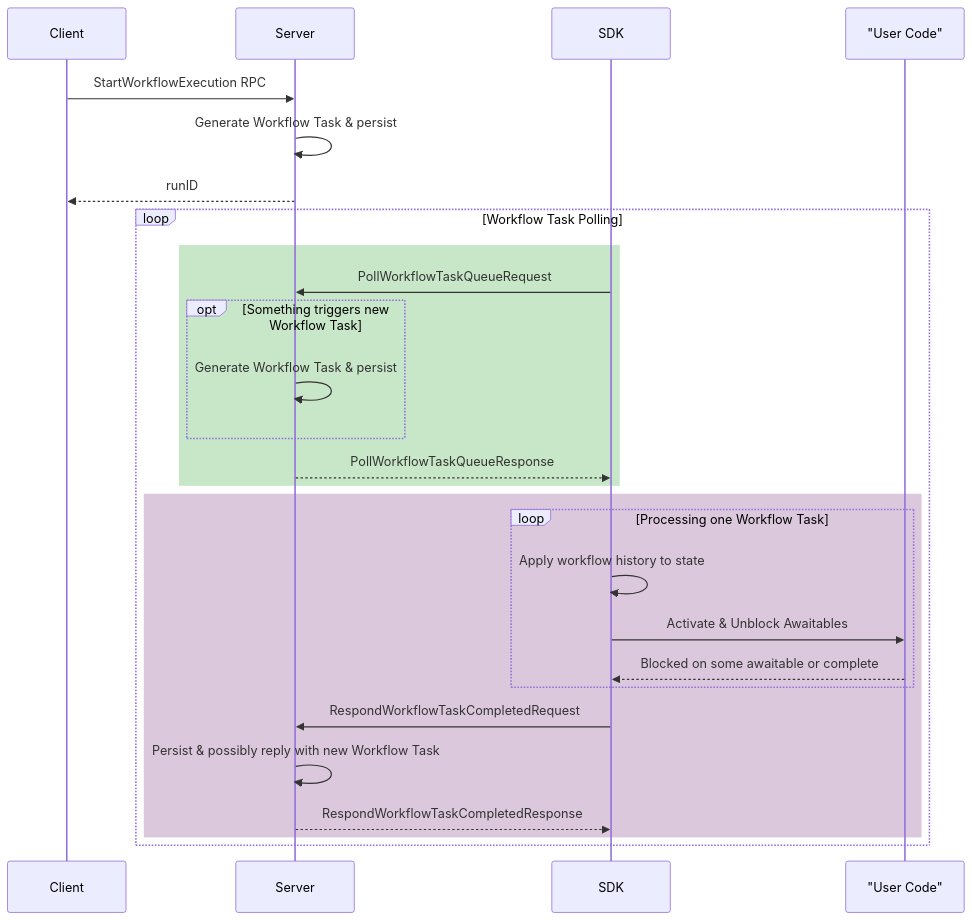
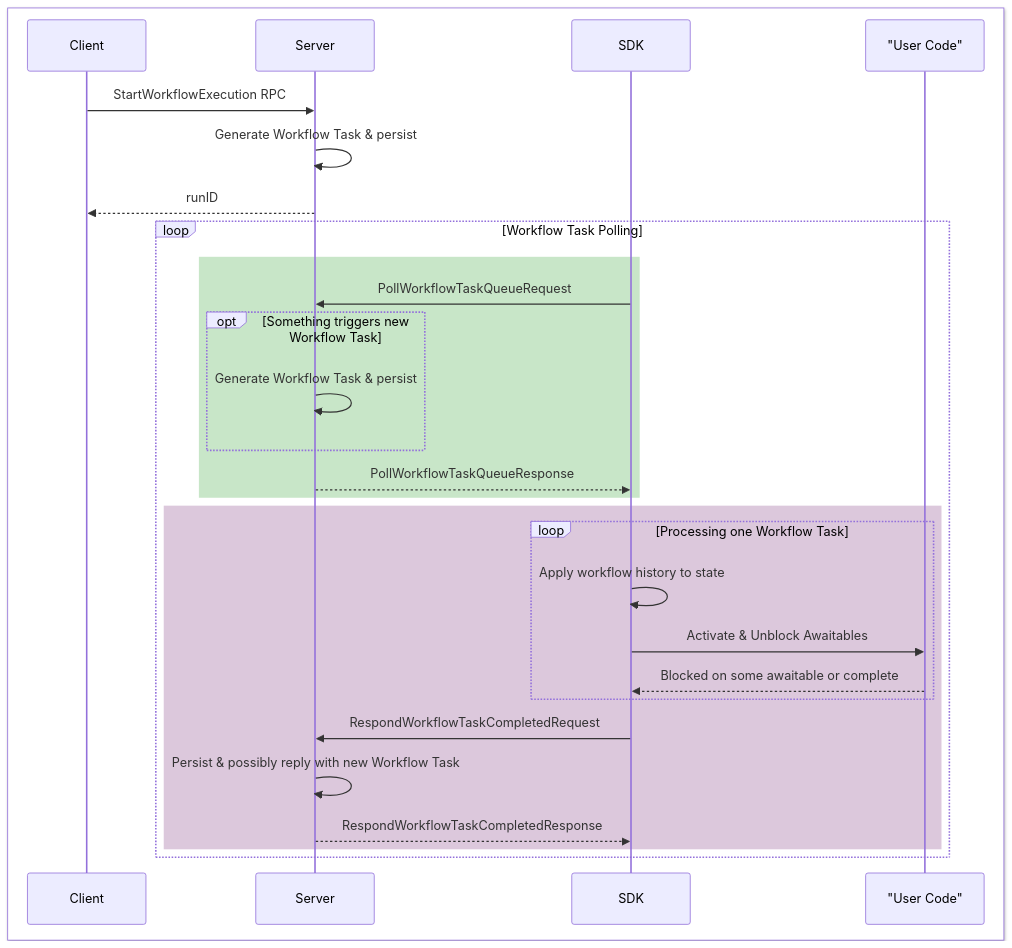
One commit to temporalio/sdk-core changed the diagram in arch_docs/sdks_intro.md. Above: the diagram before and after it, drawn with Mermaid. The commit also changed other lines of this file, not shown here.

Commit message:
Fix sequence diagram background (#1009)

````diff
--- a/arch_docs/sdks_intro.md
+++ b/arch_docs/sdks_intro.md
@@ -119,33 +119,36 @@
 ```mermaid
 %%{ init : { "theme" : "default", "themeVariables" : { "background" : "#fff" }}}%%
 sequenceDiagram
-    participant Client
-    participant Server
-    participant SDK
-    participant UserCode as "User Code"
+    box rgb(255, 255, 255)
+      participant Client
+      participant Server
+      participant SDK
+      participant UserCode as "User Code"
+    end
+
     Client ->> Server: StartWorkflowExecution RPC
     Server ->> Server: Generate Workflow Task & persist
     Server -->> Client: runID
 
     loop Workflow Task Polling
         rect rgb(200, 230, 200)
             SDK ->> Server: PollWorkflowTaskQueueRequest
             opt Something triggers new Workflow Task
                 Server ->> Server: Generate Workflow Task & persist
             end
             Server -->> SDK: PollWorkflowTaskQueueResponse
         end
 
         rect rgb(220, 200, 220)
             loop Processing one Workflow Task
                 SDK ->> SDK: Apply workflow history to state
                 SDK ->> UserCode: Activate & Unblock Awaitables
                 UserCode -->> SDK: Blocked on some awaitable or complete
             end
 
             SDK ->> Server: RespondWorkflowTaskCompletedRequest
             Server ->> Server: Persist & possibly reply with new Workflow Task
             Server -->> SDK: RespondWorkflowTaskCompletedResponse
         end
     end
 ```
````
